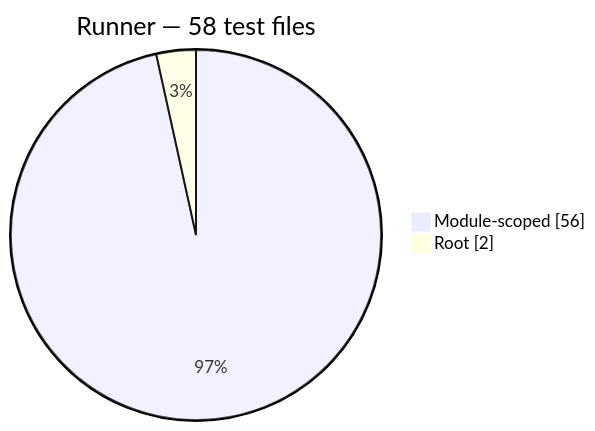
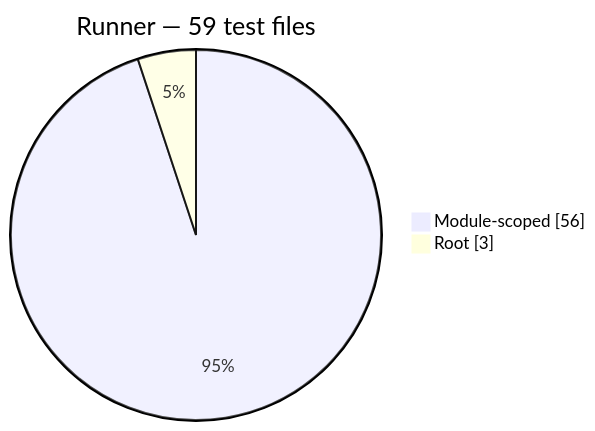
Before and after one commit to Mohammed-Alama/php-arazzo: the fourth of 7 diagrams in docs/generated/test-composition.md, drawn with Mermaid. The commit also changed other lines of this file and 27 other files, not shown here.

````diff
--- a/docs/generated/test-composition.md
+++ b/docs/generated/test-composition.md
@@ -58,6 +58,6 @@
 ```mermaid
 pie showData
-    title Runner — 58 test files
+    title Runner — 59 test files
     "Module-scoped": 56
-    "Root": 2
+    "Root": 3
 ```
````
